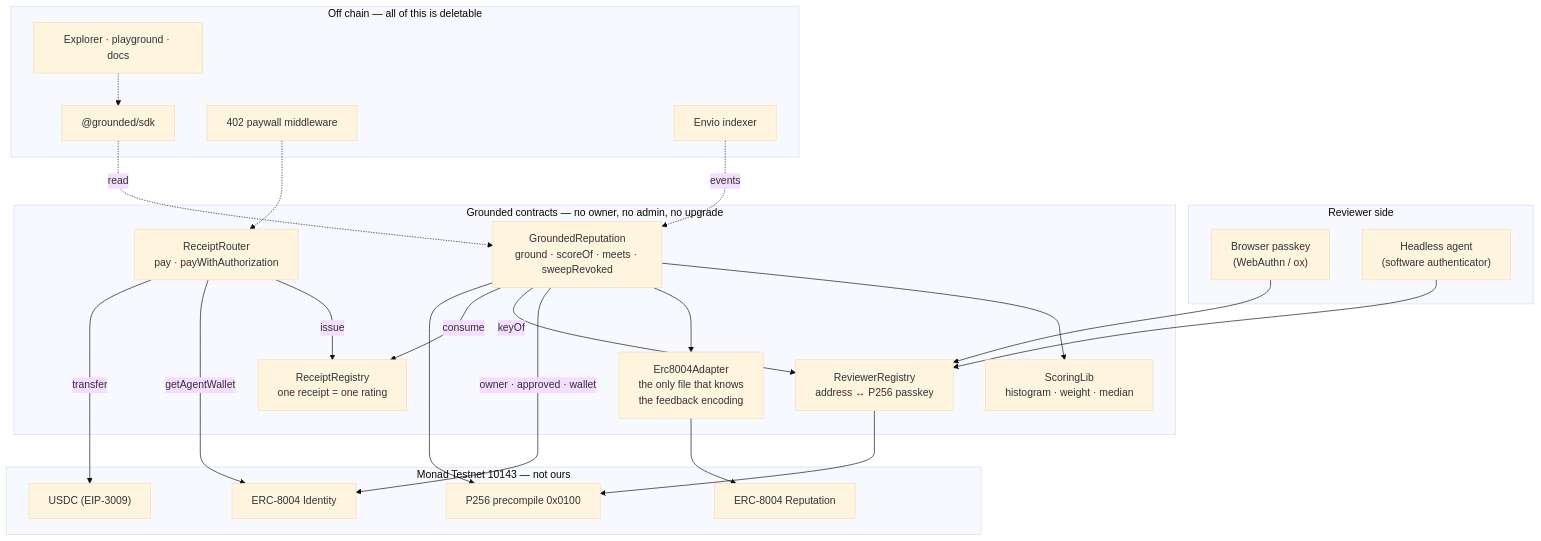
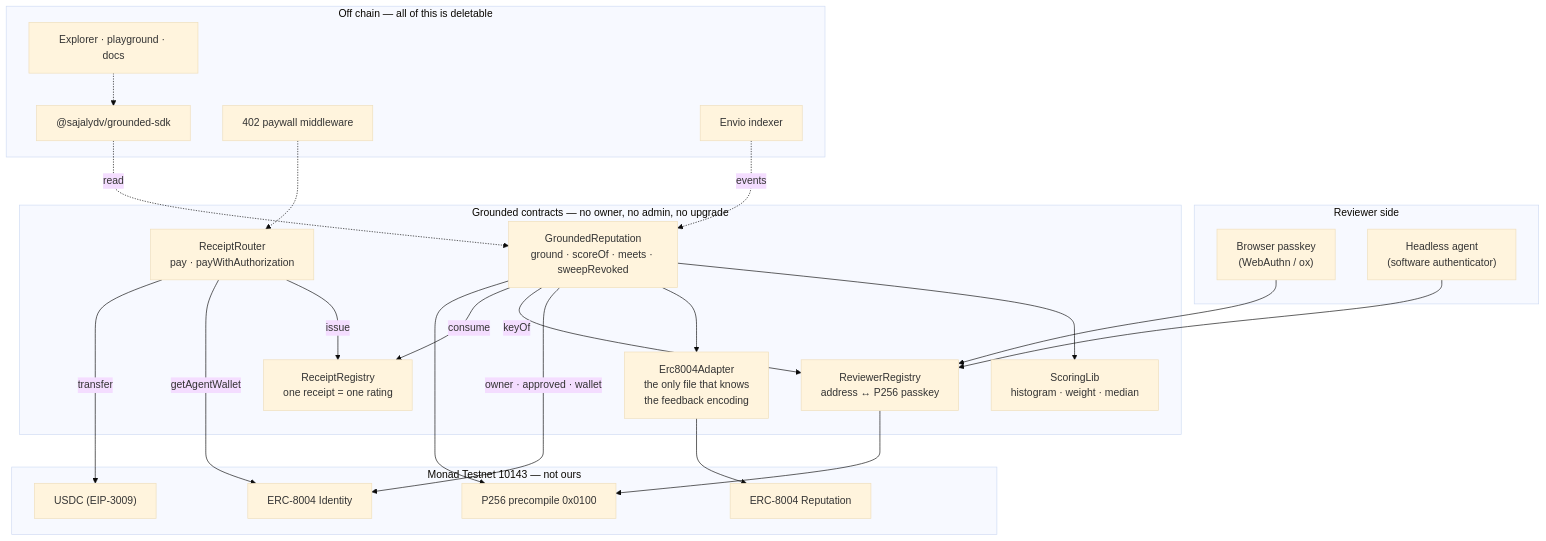
Before and after one commit to ydvSajal/MONAD10K: the first of 3 diagrams in README.md, drawn with Mermaid (base theme). The commit also changed other lines of this file and 39 other files, not shown here.

First line of the commit message:
chore: rename published packages to @sajalydv scope, add SDK README + LICENSE

````diff
--- a/README.md
+++ b/README.md
@@ -17,49 +17,49 @@
 ```mermaid
 flowchart TB
     subgraph Client["Reviewer side"]
         BROWSER["Browser passkey<br/>(WebAuthn / ox)"]
         AGENTSW["Headless agent<br/>(software authenticator)"]
     end
 
     subgraph Ours["Grounded contracts — no owner, no admin, no upgrade"]
         RTR["ReceiptRouter<br/>pay · payWithAuthorization"]
         RCP["ReceiptRegistry<br/>one receipt = one rating"]
         REV["ReviewerRegistry<br/>address ↔ P256 passkey"]
         GRD["GroundedReputation<br/>ground · scoreOf · meets · sweepRevoked"]
         SCORE["ScoringLib<br/>histogram · weight · median"]
         ADPT["Erc8004Adapter<br/>the only file that knows<br/>the feedback encoding"]
     end
 
     subgraph External["Monad Testnet 10143 — not ours"]
         ID8["ERC-8004 Identity"]
         RP8["ERC-8004 Reputation"]
         USDC["USDC (EIP-3009)"]
         P256["P256 precompile 0x0100"]
     end
 
     subgraph Offchain["Off chain — all of this is deletable"]
-        SDK["@grounded/sdk"]
+        SDK["@sajalydv/grounded-sdk"]
         PAYWALL["402 paywall middleware"]
         WEB["Explorer · playground · docs"]
         IDX["Envio indexer"]
     end
 
     BROWSER --> REV
     AGENTSW --> REV
     REV --> P256
     GRD --> P256
 
     RTR -->|transfer| USDC
     RTR -->|getAgentWallet| ID8
     RTR -->|issue| RCP
     GRD -->|consume| RCP
     GRD -->|keyOf| REV
     GRD -->|owner · approved · wallet| ID8
     GRD --> ADPT --> RP8
     GRD --> SCORE
 
     SDK -.->|read| GRD
     PAYWALL -.-> RTR
     WEB -.-> SDK
     IDX -.->|events| GRD
 ```
````
